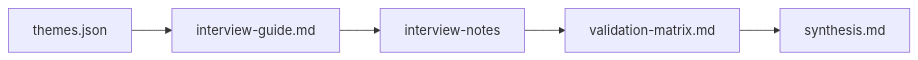
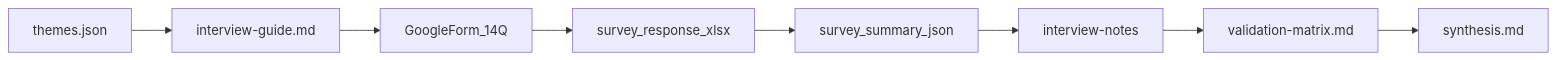
One commit to vrj87/GradProject3 changed the third of 6 diagrams in docs/architecture.md. Above: the diagram before and after it, drawn with Mermaid. The commit also changed other lines of this file and 159 other files, not shown here.

````diff
--- a/docs/architecture.md
+++ b/docs/architecture.md
@@ -295,9 +297,13 @@
 ```mermaid
 flowchart LR
   Themes[themes.json]
   Guide[interview-guide.md]
+  Form[GoogleForm_14Q]
+  Export[survey_response_xlsx]
+  Artefacts[survey_summary_json]
   Notes[interview-notes]
   Matrix[validation-matrix.md]
   Synthesis[synthesis.md]
-  Themes --> Guide --> Notes --> Matrix --> Synthesis
+  Themes --> Guide --> Form --> Export --> Artefacts
+  Artefacts --> Notes --> Matrix --> Synthesis
 ```
````
